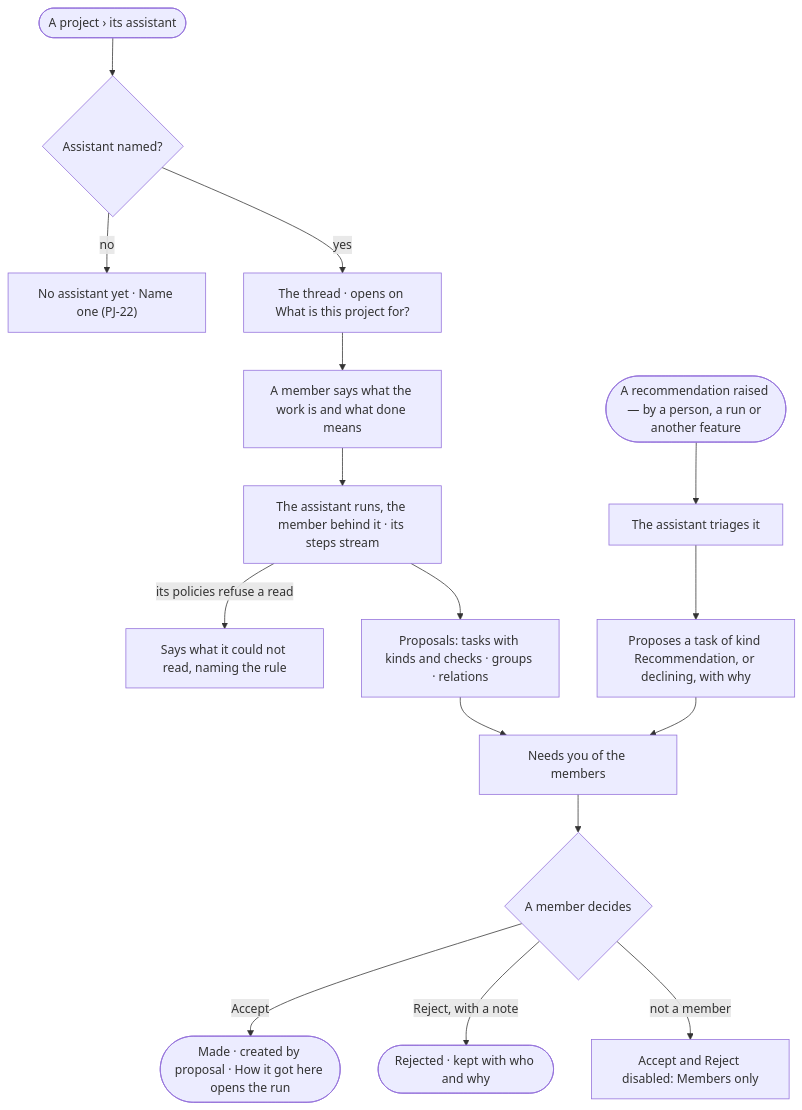
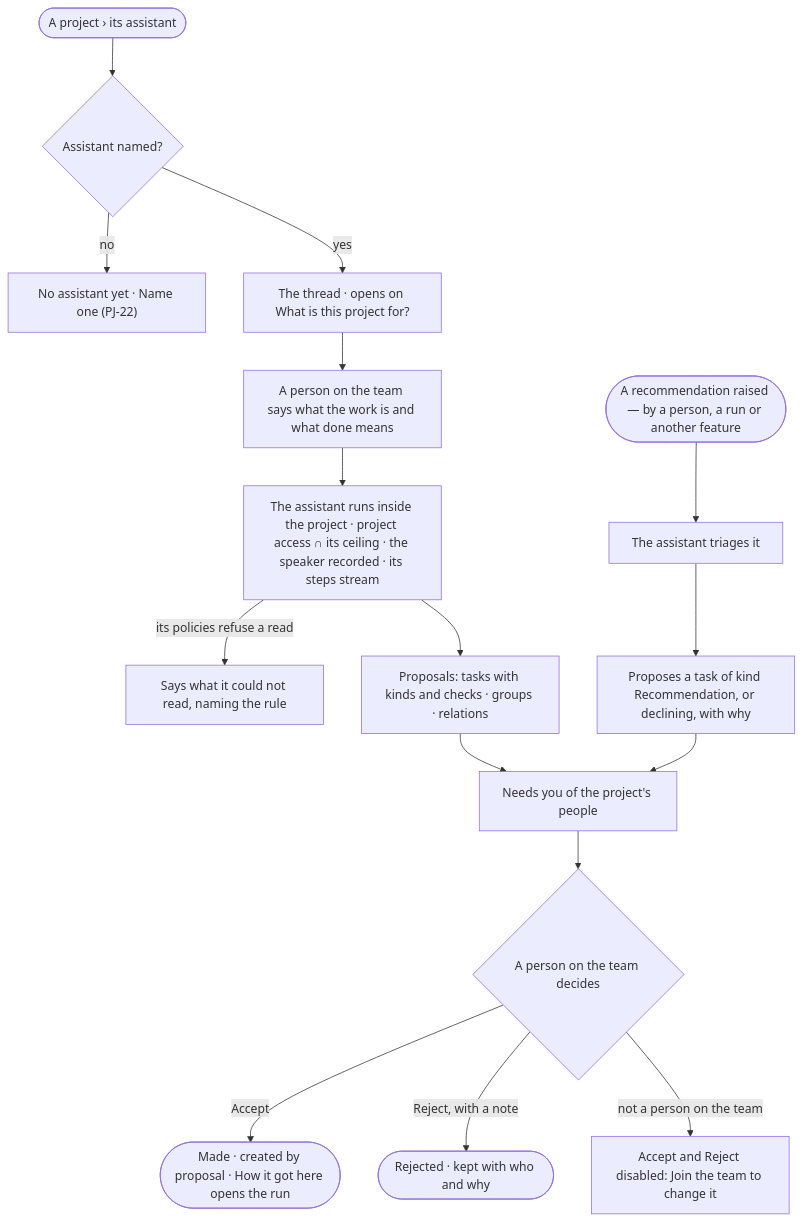
The first of 2 diagrams in specs/capabilities/projects/features/PJ-F01-projects-and-tasks/stories/PJ-21-ideate-with-the-project-assistant/story.md (invana/invana), drawn with Mermaid before and after one commit. The commit also changed other lines of this file and 106 other files, not shown here.

First line of the commit message:
docs(specs): access policies replace roles; Agents mode; project access

````diff
--- a/specs/capabilities/projects/features/PJ-F01-projects-and-tasks/stories/PJ-21-ideate-with-the-project-assistant/story.md
+++ b/specs/capabilities/projects/features/PJ-F01-projects-and-tasks/stories/PJ-21-ideate-with-the-project-assistant/story.md
@@ -32,18 +32,18 @@
 ```mermaid
 flowchart TD
   s([A project › its assistant]) --> any{"Assistant named?"}
   any -->|no| none["No assistant yet · Name one (PJ-22)"]
   any -->|yes| th["The thread · opens on What is this project for?"]
-  th --> say["A member says what the work is and what done means"]
-  say --> run["The assistant runs, the member behind it · its steps stream"]
+  th --> say["A person on the team says what the work is and what done means"]
+  say --> run["The assistant runs inside the project · project access ∩ its ceiling · the speaker recorded · its steps stream"]
   run -->|its policies refuse a read| rf["Says what it could not read, naming the rule"]
   run --> prop["Proposals: tasks with kinds and checks · groups · relations"]
   rec([A recommendation raised — by a person, a run or another feature]) --> tri["The assistant triages it"]
   tri --> prop2["Proposes a task of kind Recommendation, or declining, with why"]
-  prop --> nb["Needs you of the members"]
+  prop --> nb["Needs you of the project's people"]
   prop2 --> nb
-  nb --> d{"A member decides"}
+  nb --> d{"A person on the team decides"}
   d -->|Accept| made(["Made · created by proposal · How it got here opens the run"])
   d -->|Reject, with a note| rj(["Rejected · kept with who and why"])
-  d -->|not a member| nm["Accept and Reject disabled: Members only"]
+  d -->|not a person on the team| nm["Accept and Reject disabled: Join the team to change it"]
 ```
````
